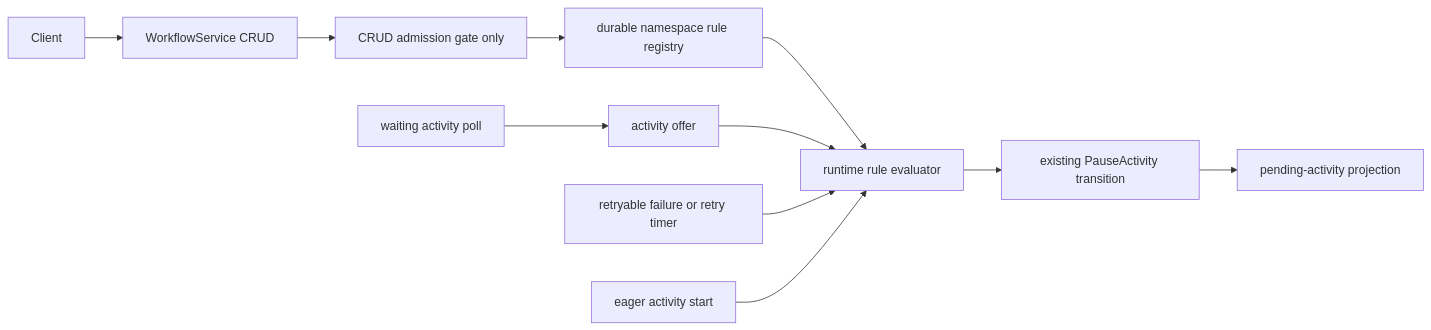
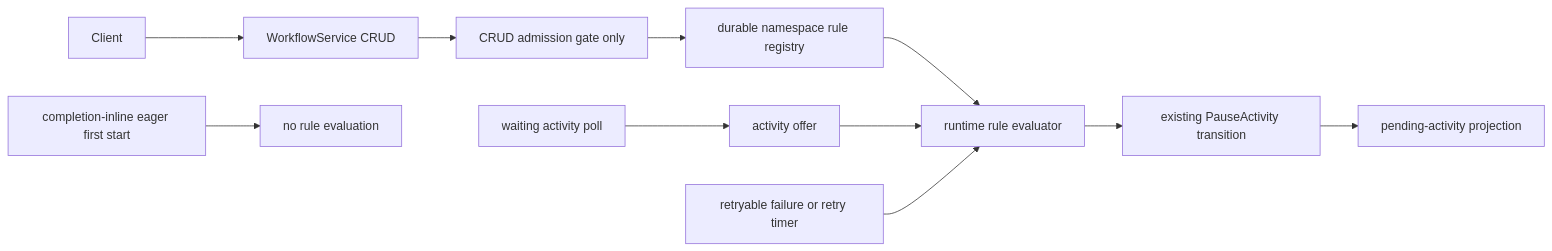
Before and after one commit to tokeira/tokeira: the diagram in .kiro/specs/workflow-rules/design.md, drawn with Mermaid. The commit also changed other lines of this file and 104 other files, not shown here.

First line of the commit message:
Start the completion's new workflow task and eager activities inline

````diff
--- a/.kiro/specs/workflow-rules/design.md
+++ b/.kiro/specs/workflow-rules/design.md
@@ -31,13 +31,13 @@
 ```mermaid
 flowchart LR
     Client --> Grpc["WorkflowService CRUD"]
     Grpc --> Gate["CRUD admission gate only"]
     Gate --> Registry["durable namespace rule registry"]
     Registry --> Evaluator["runtime rule evaluator"]
     Poll["waiting activity poll"] --> Offer["activity offer"]
     Offer --> Evaluator
     Retry["retryable failure or retry timer"] --> Evaluator
-    Eager["eager activity start"] --> Evaluator
+    Eager["completion-inline eager first start"] --> Bypass["no rule evaluation"]
     Evaluator --> Pause["existing PauseActivity transition"]
     Pause --> Describe["pending-activity projection"]
 ```
````
